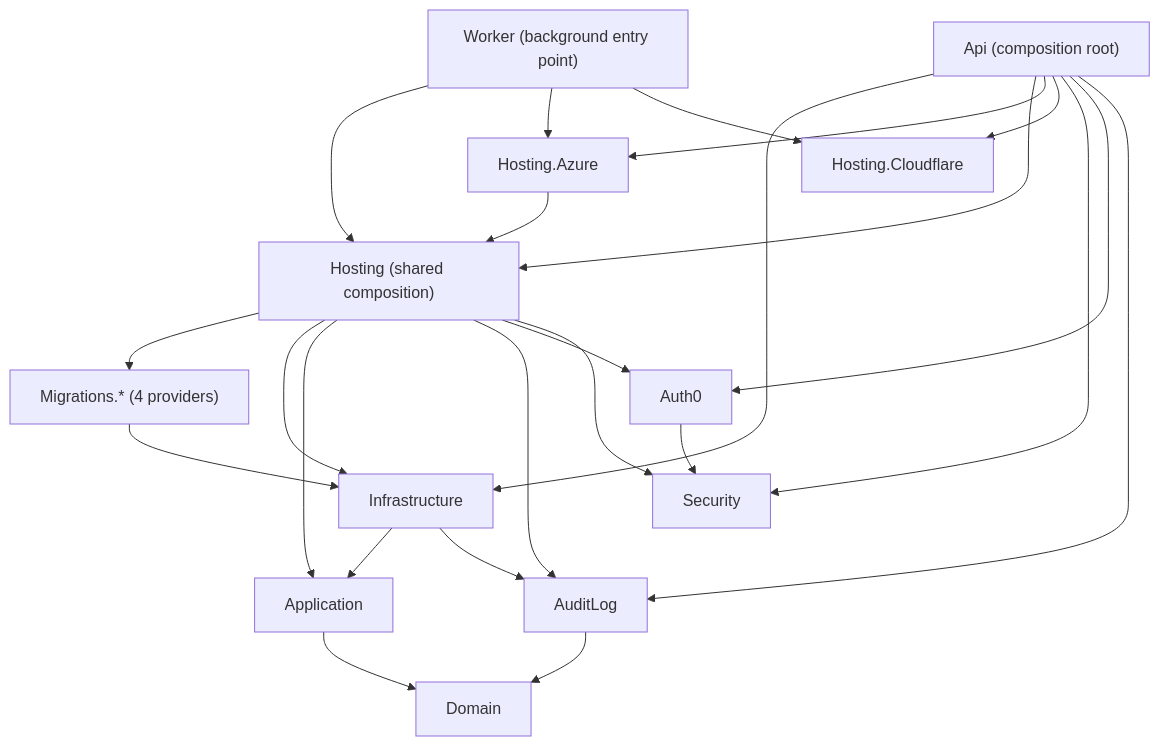
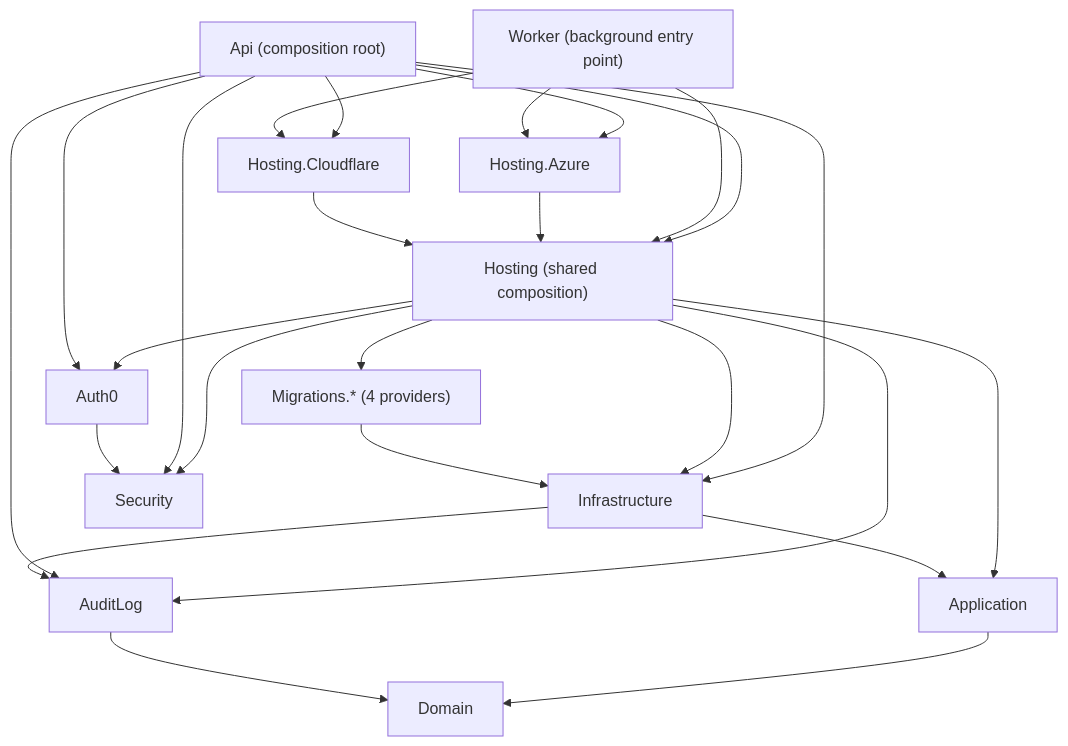
The diagram in docs/PROJECT-STRUCTURE.md (handballbelgium-referees/ref-test-management), drawn with Mermaid before and after one commit. The commit also changed other lines of this file and 23 other files, not shown here.

````diff
--- a/docs/PROJECT-STRUCTURE.md
+++ b/docs/PROJECT-STRUCTURE.md
@@ -58,26 +58,27 @@
 ```mermaid
 flowchart TB
     Api["Api (composition root)"] --> Infrastructure
     Api --> Hosting["Hosting (shared composition)"]
     Worker["Worker (background entry point)"] --> Hosting
     Api --> AzureHosting["Hosting.Azure"]
     Worker --> AzureHosting
     Api --> CloudflareHosting["Hosting.Cloudflare"]
     Worker --> CloudflareHosting
     AzureHosting --> Hosting
+    CloudflareHosting --> Hosting
     Hosting --> Migrations["Migrations.* (4 providers)"]
     Hosting --> Infrastructure
     Hosting --> Application
     Hosting --> AuditLog
     Hosting --> Auth0
     Hosting --> Security
     Api --> Security
     Api --> Auth0
     Api --> AuditLog
     Migrations --> Infrastructure
     Infrastructure --> Application
     Infrastructure --> AuditLog
     Application --> Domain
     AuditLog --> Domain
     Auth0 --> Security
 ```
````
